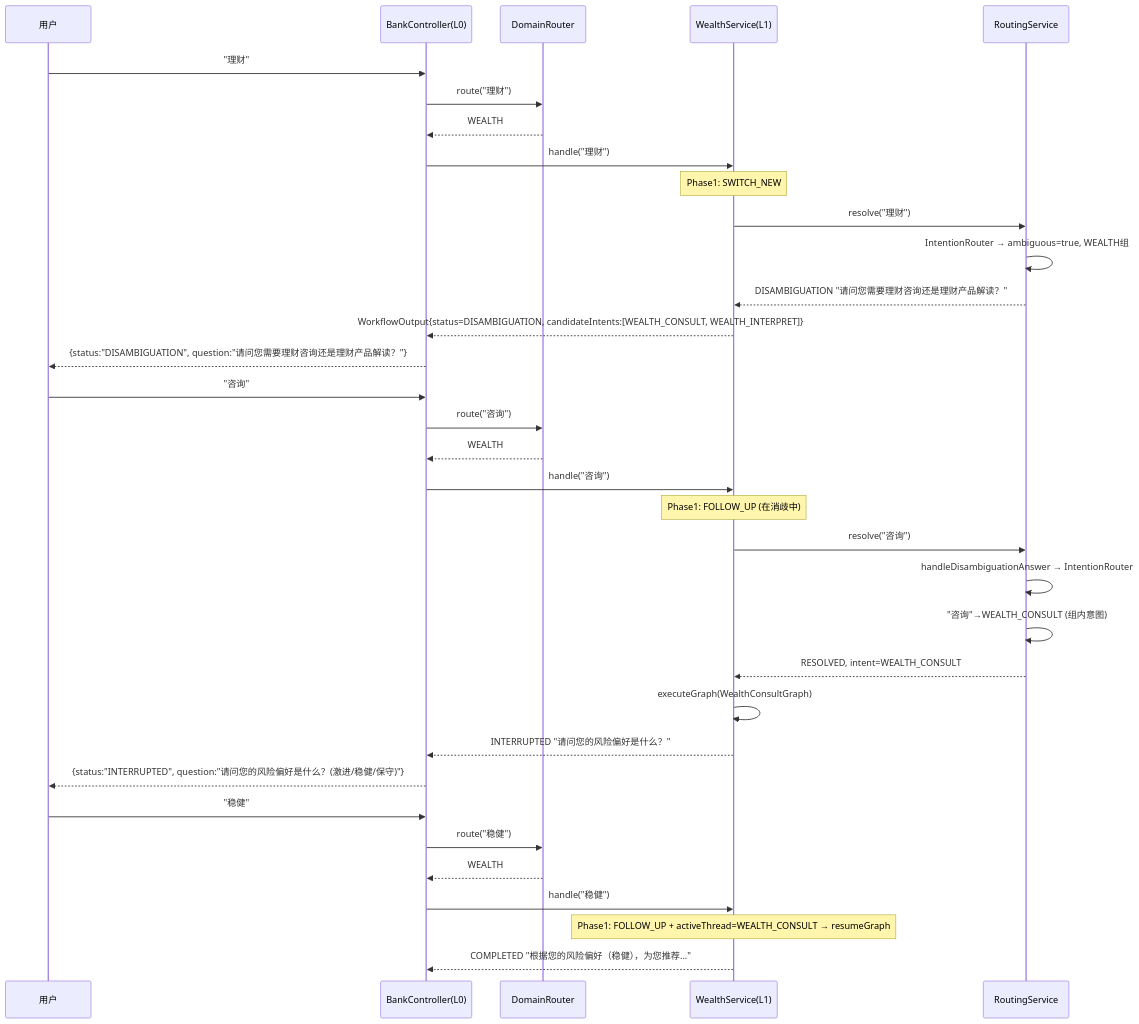
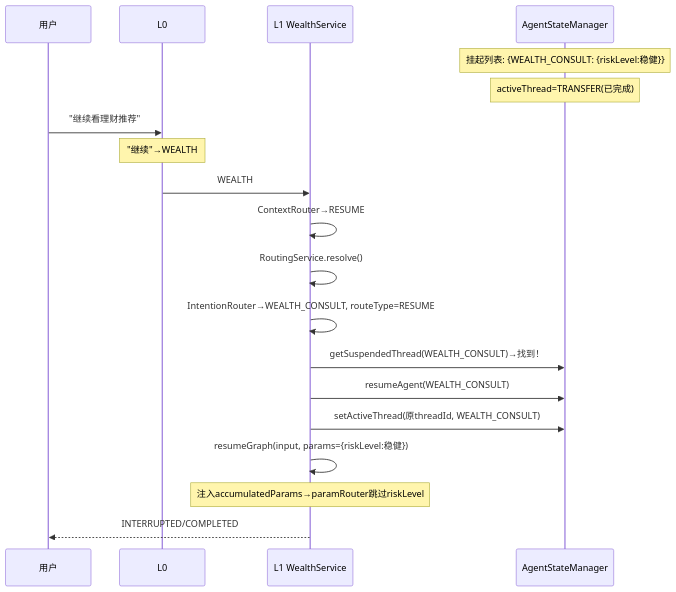
Diagram 15 of 22 in ARCHITECTURE-FULL.md (michael-lin-45/mobile-ai-bank-demo---workbuddy), drawn with Mermaid before and after one commit. The commit also changed other lines of this file and 30 other files, not shown here.

````diff
--- a/ARCHITECTURE-FULL.md
+++ b/ARCHITECTURE-FULL.md
@@ -561,39 +576,23 @@
 ```mermaid
 sequenceDiagram
     participant U as 用户
-    participant BC as BankController(L0)
-    participant DR as DomainRouter
-    participant WS as WealthService(L1)
-    participant RS as RoutingService
+    participant L0 as L0
+    participant WS as L1 WealthService
+    participant SM as AgentStateManager
     
-    U->>BC: "理财"
-    BC->>DR: route("理财")
-    DR-->>BC: WEALTH
-    BC->>WS: handle("理财")
-    Note over WS: Phase1: SWITCH_NEW
-    WS->>RS: resolve("理财")
-    RS->>RS: IntentionRouter → ambiguous=true, WEALTH组
-    RS-->>WS: DISAMBIGUATION "请问您需要理财咨询还是理财产品解读？"
-    WS-->>BC: WorkflowOutput{status=DISAMBIGUATION, candidateIntents:[WEALTH_CONSULT, WEALTH_INTERPRET]}
-    BC-->>U: {status:"DISAMBIGUATION", question:"请问您需要理财咨询还是理财产品解读？"}
+    Note over SM: 挂起列表: {WEALTH_CONSULT: {riskLevel:稳健}}
+    Note over SM: activeThread=TRANSFER(已完成)
     
-    U->>BC: "咨询"
-    BC->>DR: route("咨询")
-    DR-->>BC: WEALTH
-    BC->>WS: handle("咨询")
-    Note over WS: Phase1: FOLLOW_UP (在消歧中)
-    WS->>RS: resolve("咨询")
-    RS->>RS: handleDisambiguationAnswer → IntentionRouter
-    RS->>RS: "咨询"→WEALTH_CONSULT (组内意图)
-    RS-->>WS: RESOLVED, intent=WEALTH_CONSULT
-    WS->>WS: executeGraph(WealthConsultGraph)
-    WS-->>BC: INTERRUPTED "请问您的风险偏好是什么？"
-    BC-->>U: {status:"INTERRUPTED", question:"请问您的风险偏好是什么？(激进/稳健/保守)"}
-    
-    U->>BC: "稳健"
-    BC->>DR: route("稳健")
-    DR-->>BC: WEALTH
-    BC->>WS: handle("稳健")
-    Note over WS: Phase1: FOLLOW_UP + activeThread=WEALTH_CONSULT → resumeGraph
-    WS-->>BC: COMPLETED "根据您的风险偏好（稳健），为您推荐..."
+    U->>L0: "继续看理财推荐"
+    Note over L0: "继续"→WEALTH
+    L0->>WS: WEALTH
+    WS->>WS: ContextRouter→RESUME
+    WS->>WS: RoutingService.resolve()
+    WS->>WS: IntentionRouter→WEALTH_CONSULT, routeType=RESUME
+    WS->>SM: getSuspendedThread(WEALTH_CONSULT)→找到！
+    WS->>SM: resumeAgent(WEALTH_CONSULT)
+    WS->>SM: setActiveThread(原threadId, WEALTH_CONSULT)
+    WS->>WS: resumeGraph(input, params={riskLevel:稳健})
+    Note over WS: 注入accumulatedParams→paramRouter跳过riskLevel
+    WS-->>U: INTERRUPTED/COMPLETED
 ```
````
